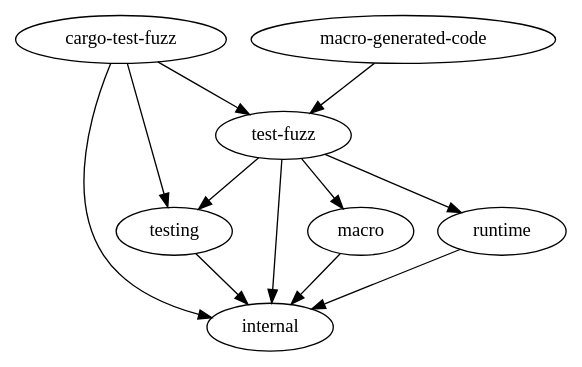
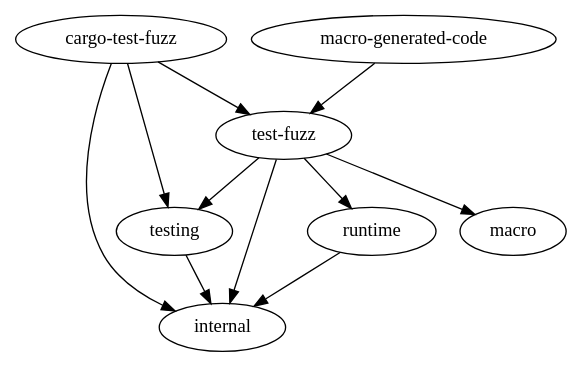
One commit to trailofbits/test-fuzz changed the diagram in docs/crates.dot. Above: the diagram before and after it, drawn with Graphviz. The commit also changed 18 other files, not shown here.

```diff
--- a/docs/crates.dot
+++ b/docs/crates.dot
@@ -1,13 +1,12 @@
 digraph {
     "cargo-test-fuzz" -> "internal"
     "cargo-test-fuzz" -> "test-fuzz"
     "cargo-test-fuzz" -> "testing"
-    "macro" -> "internal"
     "macro-generated-code" -> "test-fuzz"
     "runtime" -> "internal"
     "test-fuzz" -> "internal"
     "test-fuzz" -> "macro"
     "test-fuzz" -> "runtime"
     "test-fuzz" -> "testing"
     "testing" -> "internal"
 }
```
